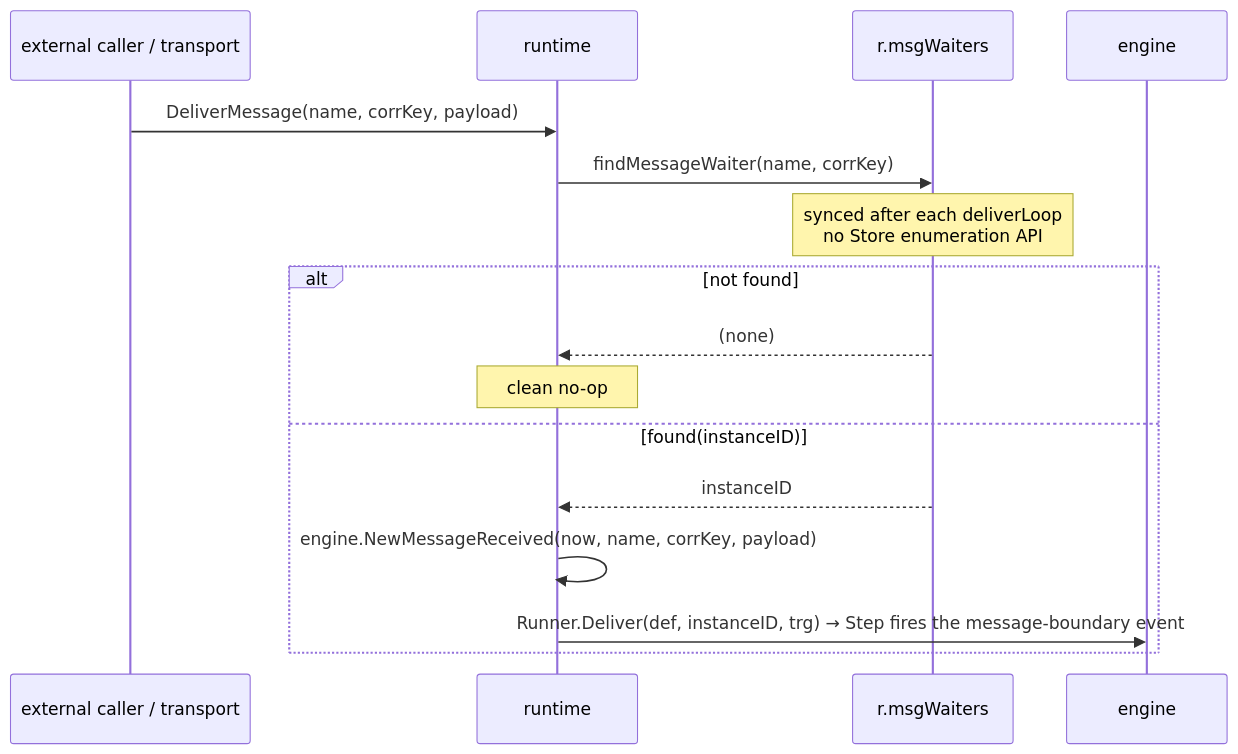
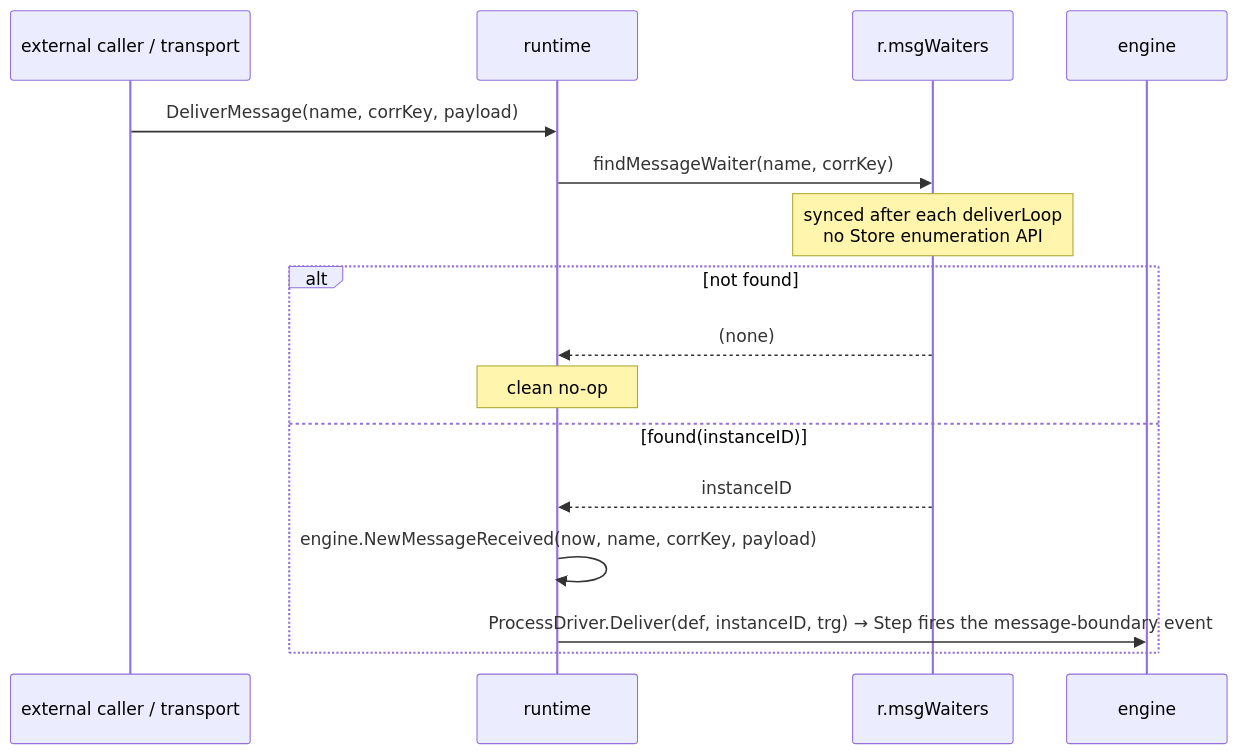
Before and after one commit to kartaladev/wrkflw: the fourth of 9 diagrams in INTERACTIONS.md, drawn with Mermaid. The commit also changed other lines of this file and 40 other files, not shown here.

````diff
--- a/INTERACTIONS.md
+++ b/INTERACTIONS.md
@@ -193,19 +193,19 @@
 ```mermaid
 sequenceDiagram
     participant T as external caller / transport
     participant R as runtime
     participant MW as r.msgWaiters
     participant E as engine
 
     T->>R: DeliverMessage(name, corrKey, payload)
     R->>MW: findMessageWaiter(name, corrKey)
     Note over MW: synced after each deliverLoop<br/>no Store enumeration API
     alt not found
         MW-->>R: (none)
         Note over R: clean no-op
     else found(instanceID)
         MW-->>R: instanceID
         R->>R: engine.NewMessageReceived(now, name, corrKey, payload)
-        R->>E: Runner.Deliver(def, instanceID, trg) → Step fires the message-boundary event
+        R->>E: ProcessDriver.Deliver(def, instanceID, trg) → Step fires the message-boundary event
     end
 ```
````
